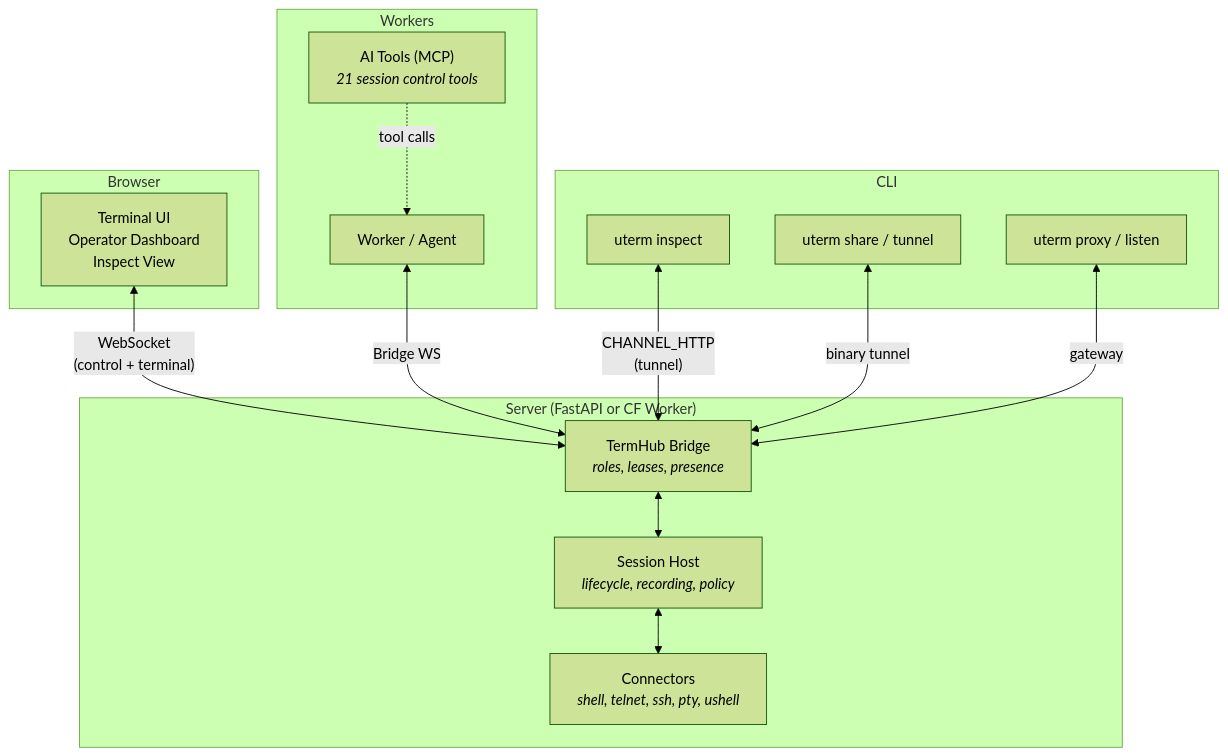
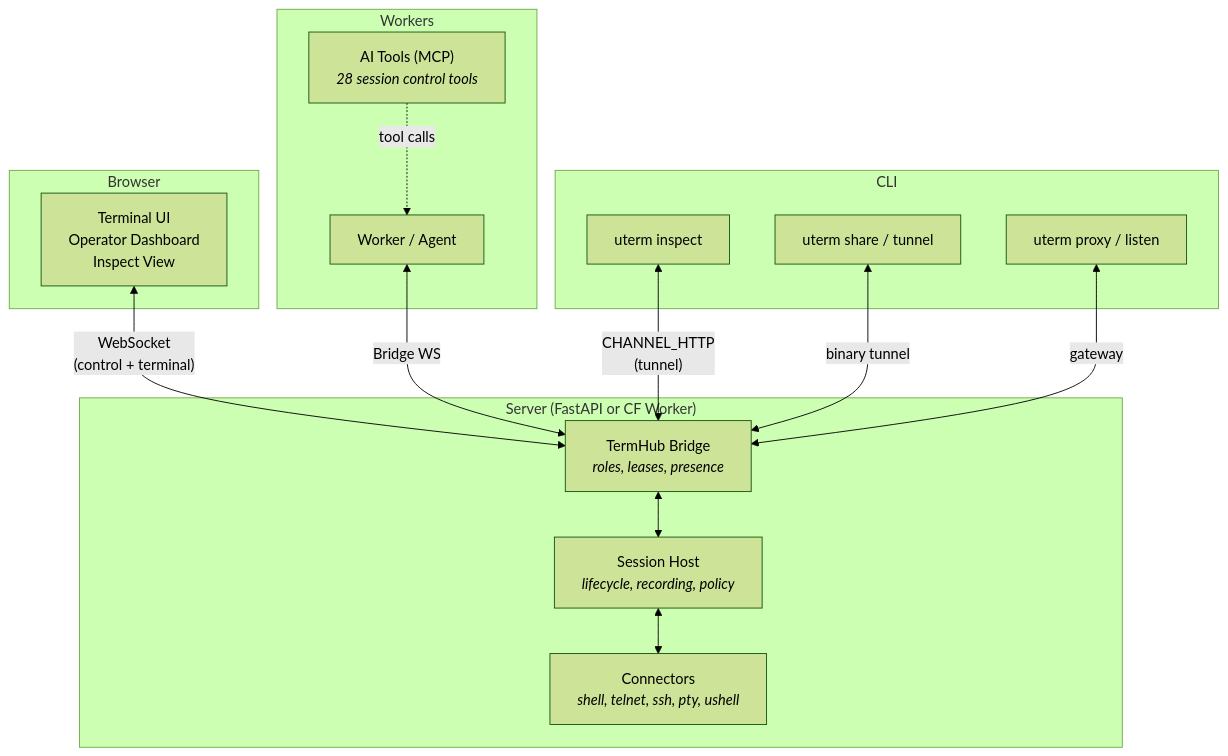
The first of 4 diagrams in README.md (provide-io/provide-uterm), drawn with Mermaid (forest theme) before and after one commit. The commit also changed other lines of this file and 40 other files, not shown here.

````diff
--- a/README.md
+++ b/README.md
@@ -31,32 +31,32 @@
 ```mermaid
 graph TB
     subgraph Browser
         UI["Terminal UI<br/>Operator Dashboard<br/>Inspect View"]
     end
 
     subgraph Server ["Server (FastAPI or CF Worker)"]
         Hub["TermHub Bridge<br/><i>roles, leases, presence</i>"]
         Runtime["Session Host<br/><i>lifecycle, recording, policy</i>"]
         Connectors["Connectors<br/><i>shell, telnet, ssh, pty, ushell</i>"]
     end
 
     subgraph Workers
         Agent["Worker / Agent"]
-        AI["AI Tools (MCP)<br/><i>21 session control tools</i>"]
+        AI["AI Tools (MCP)<br/><i>28 session control tools</i>"]
     end
 
     subgraph CLI
         Proxy["uterm proxy / listen"]
         Inspect["uterm inspect"]
         Share["uterm share / tunnel"]
     end
 
     UI <-->|"WebSocket<br/>(control + terminal)"| Hub
     Hub <--> Runtime
     Runtime <--> Connectors
     Agent <-->|"Bridge WS"| Hub
     AI -.->|"tool calls"| Agent
     Inspect <-->|"CHANNEL_HTTP<br/>(tunnel)"| Hub
     Share <-->|"binary tunnel"| Hub
     Proxy <-->|"gateway"| Hub
 ```
````
